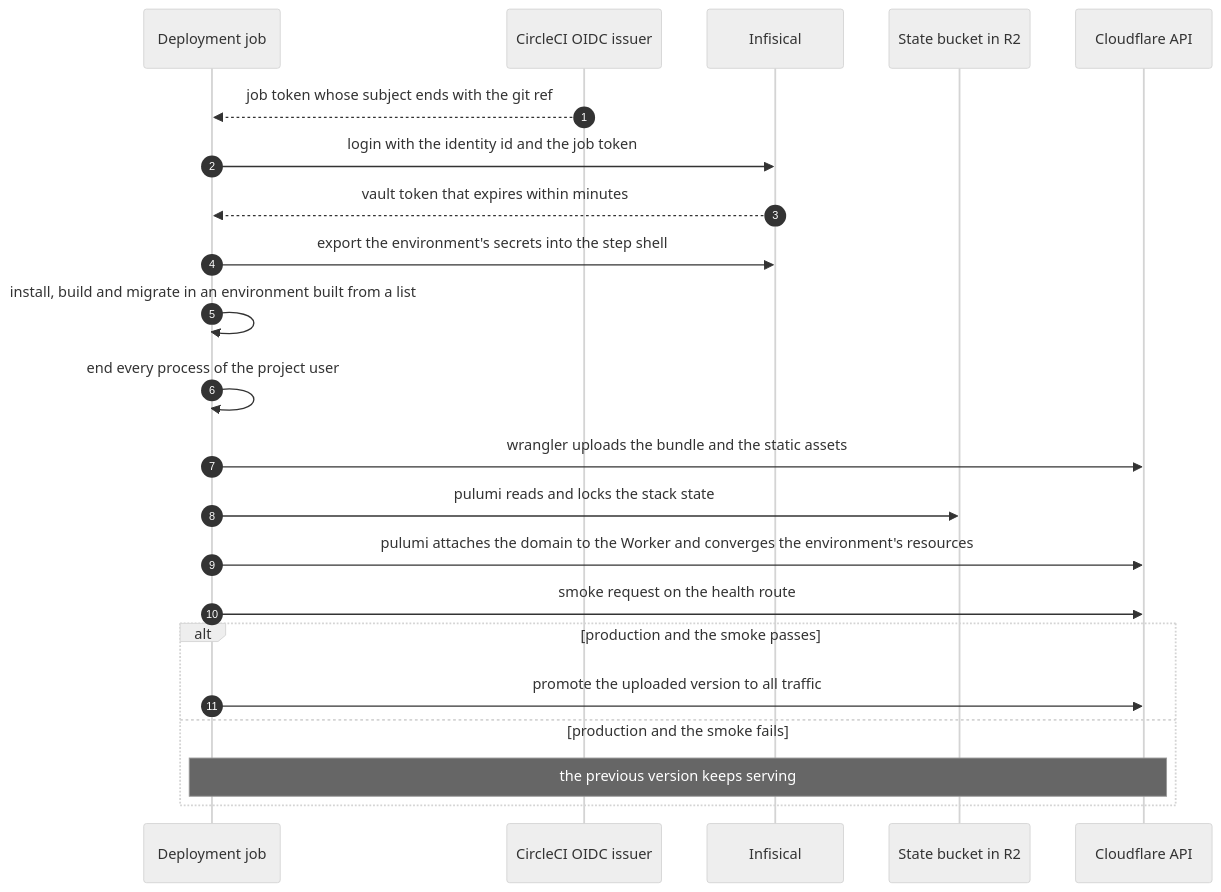
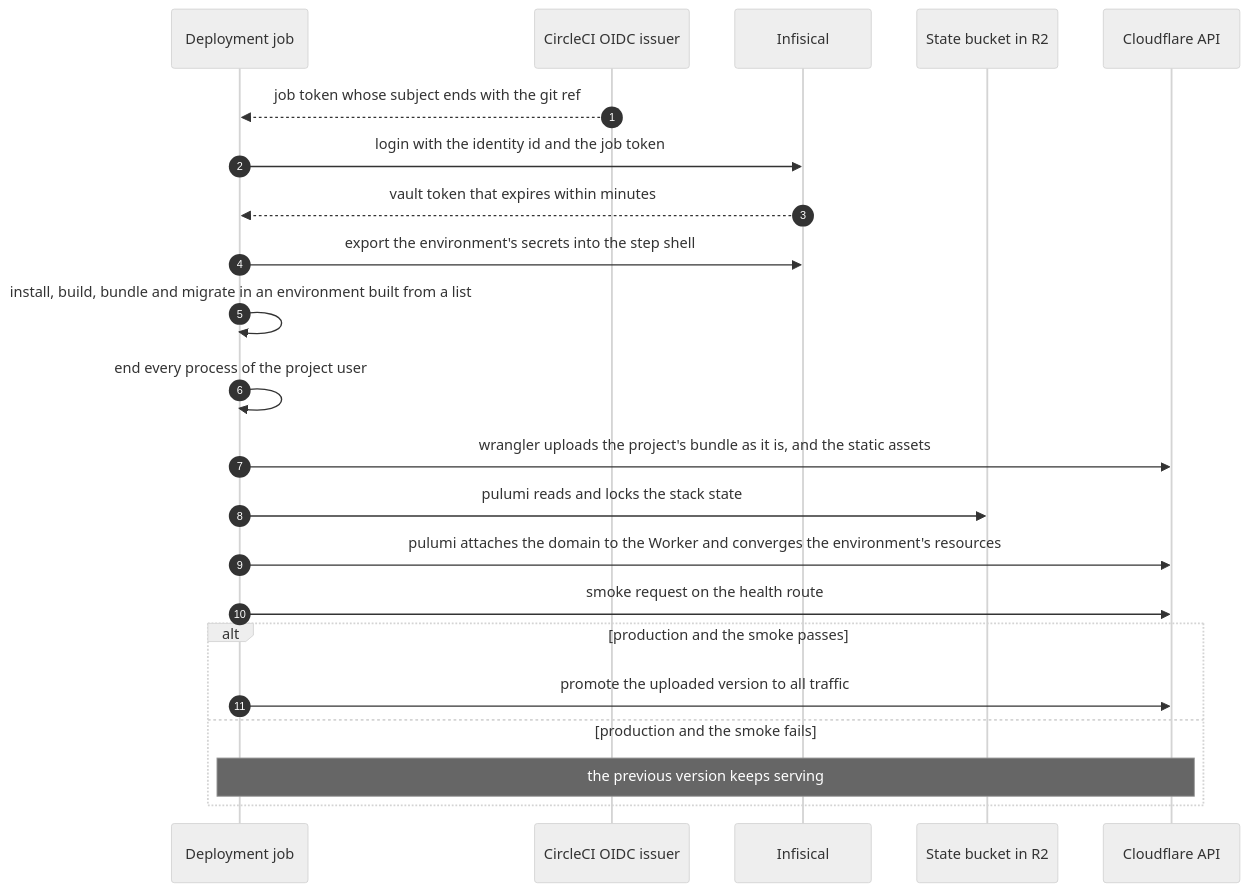
Before and after one commit to NextNodeSolutions/infrastructure: the third of 3 diagrams in docs/architecture.md, drawn with Mermaid (neutral theme). The commit also changed other lines of this file and 10 other files, not shown here.

Commit message:
ci: the project bundles its Worker and the platform uploads it as it is; links judged by where they lead

````diff
--- a/docs/architecture.md
+++ b/docs/architecture.md
@@ -85,24 +85,24 @@
 ```mermaid
 sequenceDiagram
     autonumber
     participant J as Deployment job
     participant O as CircleCI OIDC issuer
     participant V as Infisical
     participant S as State bucket in R2
     participant F as Cloudflare API
     O-->>J: job token whose subject ends with the git ref
     J->>V: login with the identity id and the job token
     V-->>J: vault token that expires within minutes
     J->>V: export the environment's secrets into the step shell
-    J->>J: install, build and migrate in an environment built from a list
+    J->>J: install, build, bundle and migrate in an environment built from a list
     J->>J: end every process of the project user
-    J->>F: wrangler uploads the bundle and the static assets
+    J->>F: wrangler uploads the project's bundle as it is, and the static assets
     J->>S: pulumi reads and locks the stack state
     J->>F: pulumi attaches the domain to the Worker and converges the environment's resources
     J->>F: smoke request on the health route
     alt production and the smoke passes
         J->>F: promote the uploaded version to all traffic
     else production and the smoke fails
         Note over J,F: the previous version keeps serving
     end
 ```
````
